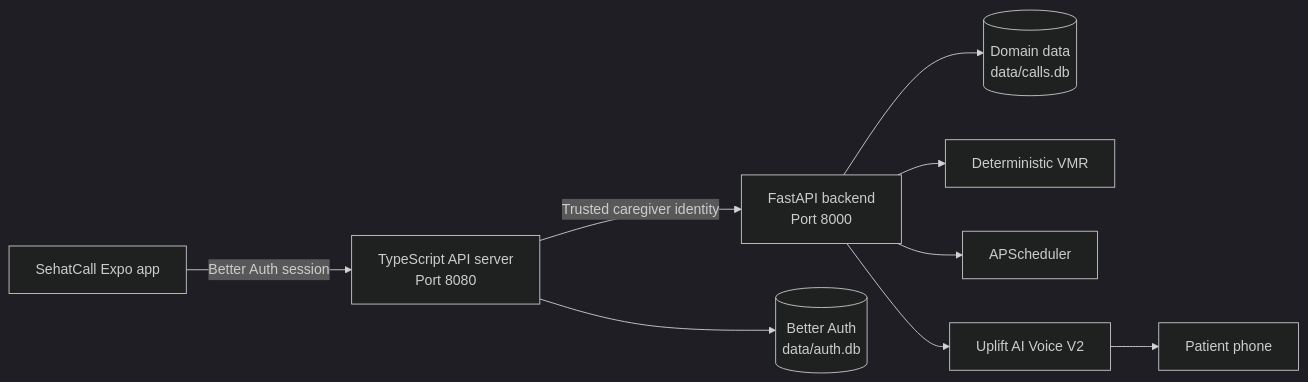
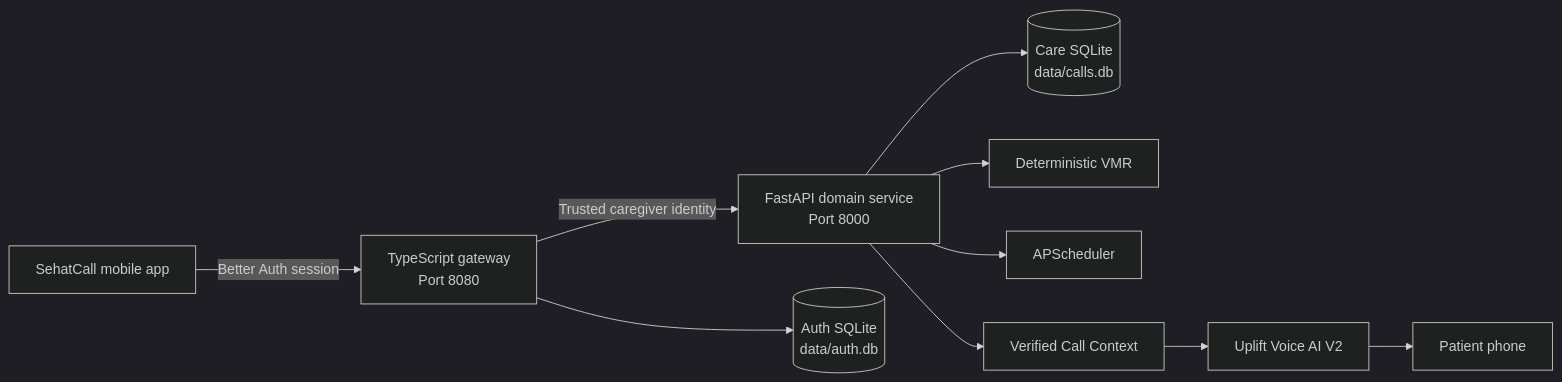
One commit to Ahmadhassan30/SehatCall changed the diagram in README.md. Above: the diagram before and after it, drawn with Mermaid (dark theme). The commit also changed other lines of this file and 1 other file, not shown here.

Commit message:
docs: elevate SehatCall Voice AI story

````diff
--- a/README.md
+++ b/README.md
@@ -78,11 +118,12 @@
 ```mermaid
 flowchart LR
-    A[SehatCall Expo app] -->|Better Auth session| B[TypeScript API server<br/>Port 8080]
-    B -->|Trusted caregiver identity| C[FastAPI backend<br/>Port 8000]
-    B --> D[(Better Auth<br/>data/auth.db)]
-    C --> E[(Domain data<br/>data/calls.db)]
+    A[SehatCall mobile app] -->|Better Auth session| B[TypeScript gateway<br/>Port 8080]
+    B -->|Trusted caregiver identity| C[FastAPI domain service<br/>Port 8000]
+    B --> D[(Auth SQLite<br/>data/auth.db)]
+    C --> E[(Care SQLite<br/>data/calls.db)]
     C --> F[Deterministic VMR]
     C --> G[APScheduler]
-    C --> H[Uplift AI Voice V2]
-    H --> I[Patient phone]
+    C --> H[Verified Call Context]
+    H --> I[Uplift Voice AI V2]
+    I --> J[Patient phone]
 ```
````
